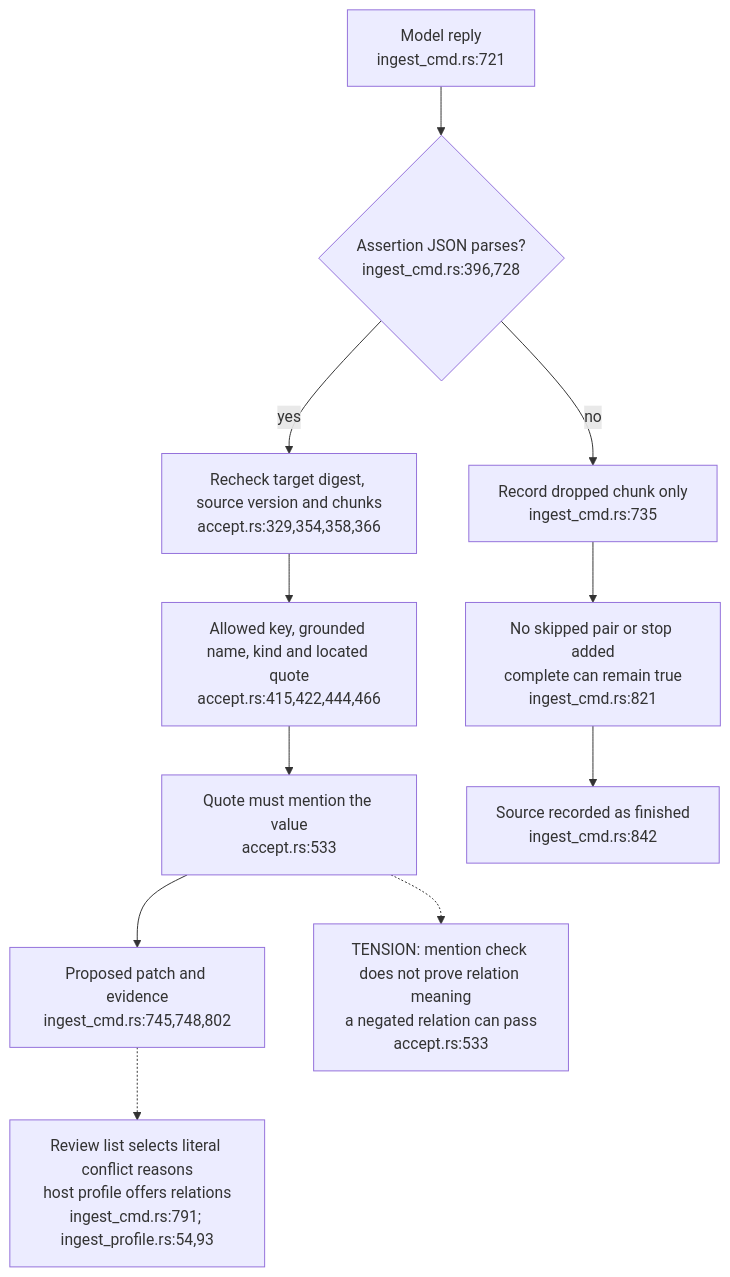
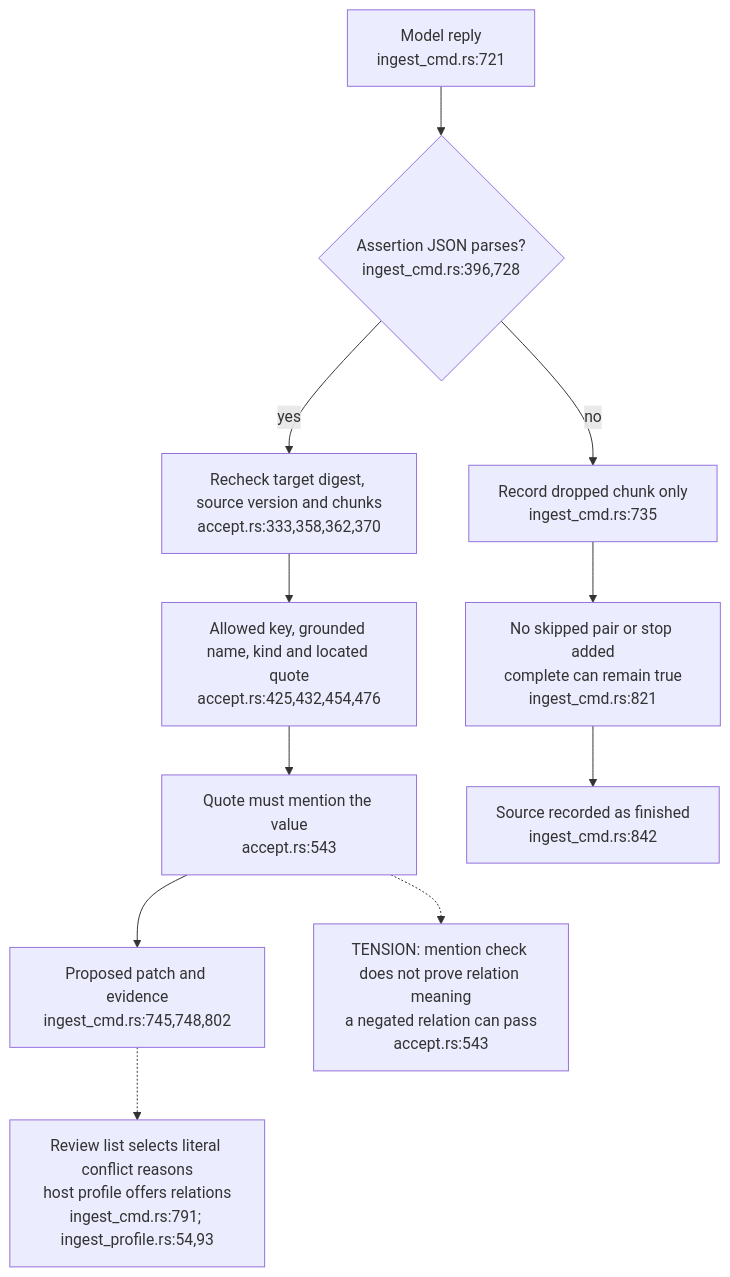
The second of 3 diagrams in docs/diagrams/ontomark/08-external-source-ingest.md (DreamLab-AI/VisionFlow), drawn with Mermaid before and after one commit. The commit also changed other lines of this file and 154 other files, not shown here.

First line of the commit message:
docs(diagrams): re-stamp 154 topics whose every citation still reads the same text at the current heads

````diff
--- a/docs/diagrams/ontomark/08-external-source-ingest.md
+++ b/docs/diagrams/ontomark/08-external-source-ingest.md
@@ -46,13 +46,13 @@
 ```mermaid
 flowchart TD
     R["Model reply<br/>ingest_cmd.rs:721"] --> J{"Assertion JSON parses?<br/>ingest_cmd.rs:396,728"}
-    J -->|yes| A["Recheck target digest, source version and chunks<br/>accept.rs:329,354,358,366"]
+    J -->|yes| A["Recheck target digest, source version and chunks<br/>accept.rs:333,358,362,370"]
     J -->|no| D["Record dropped chunk only<br/>ingest_cmd.rs:735"]
-    A --> G["Allowed key, grounded name, kind and located quote<br/>accept.rs:415,422,444,466"]
-    G --> M["Quote must mention the value<br/>accept.rs:533"]
+    A --> G["Allowed key, grounded name, kind and located quote<br/>accept.rs:425,432,454,476"]
+    G --> M["Quote must mention the value<br/>accept.rs:543"]
     M --> O["Proposed patch and evidence<br/>ingest_cmd.rs:745,748,802"]
     D --> F["No skipped pair or stop added<br/>complete can remain true<br/>ingest_cmd.rs:821"]
     F --> L["Source recorded as finished<br/>ingest_cmd.rs:842"]
-    M -.-> N["TENSION: mention check does not prove relation meaning<br/>a negated relation can pass<br/>accept.rs:533"]
+    M -.-> N["TENSION: mention check does not prove relation meaning<br/>a negated relation can pass<br/>accept.rs:543"]
     O -.-> Q["Review list selects literal conflict reasons<br/>host profile offers relations<br/>ingest_cmd.rs:791; ingest_profile.rs:54,93"]
 ```
````
